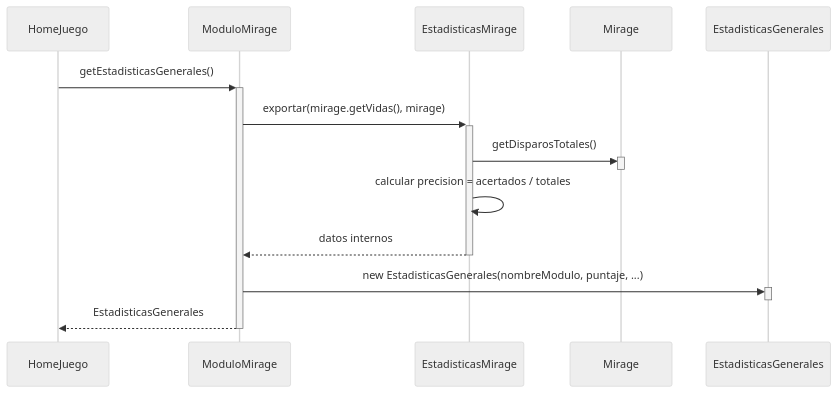
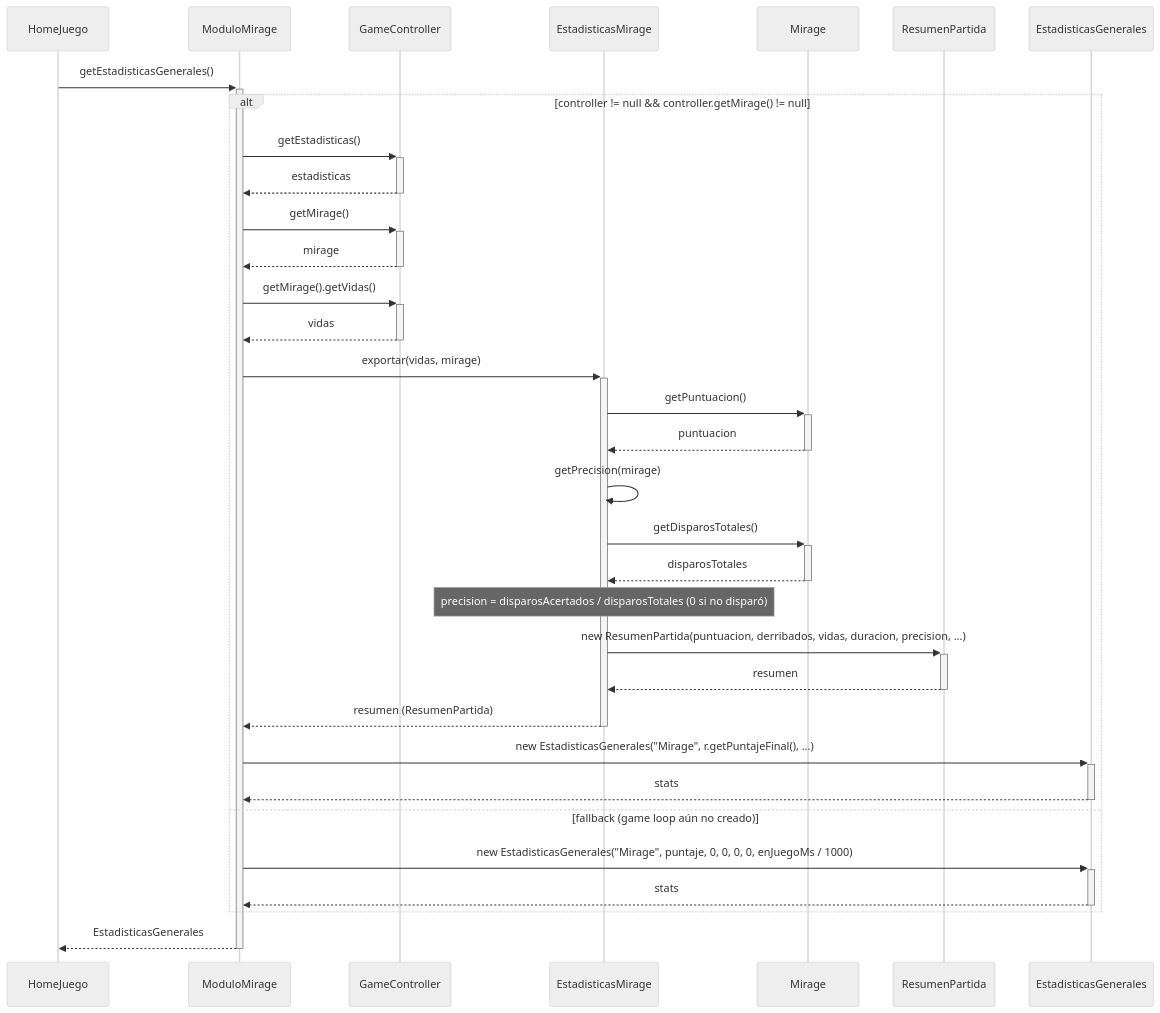
The ninth of 9 diagrams in docs/v1/analisis/casos-de-uso.md (Christian-Rojas-Rodriguez/juego-1982), drawn with Mermaid (neutral theme) before and after one commit. The commit also changed other lines of this file and 12 other files, not shown here.

First line of the commit message:
fix+docs: sincronizar diagramas v1 con el codigo, fixes de auditoria y warnings

````diff
--- a/docs/v1/analisis/casos-de-uso.md
+++ b/docs/v1/analisis/casos-de-uso.md
@@ -330,18 +425,38 @@
 ```mermaid
 sequenceDiagram
     participant HomeJuego
     participant ModuloMirage
+    participant GameController
     participant EstadisticasMirage
     participant Mirage
+    participant ResumenPartida
     participant EstadisticasGenerales
 
     HomeJuego->>+ModuloMirage: getEstadisticasGenerales()
-    ModuloMirage->>+EstadisticasMirage: exportar(mirage.getVidas(), mirage)
-    EstadisticasMirage->>+Mirage: getDisparosTotales()
-    deactivate Mirage
-    EstadisticasMirage->>EstadisticasMirage: calcular precision = acertados / totales
-    EstadisticasMirage-->>-ModuloMirage: datos internos
-    ModuloMirage->>+EstadisticasGenerales: new EstadisticasGenerales(nombreModulo, puntaje, ...)
-    deactivate EstadisticasGenerales
+    alt controller != null && controller.getMirage() != null
+        ModuloMirage->>+GameController: getEstadisticas()
+        GameController-->>-ModuloMirage: estadisticas
+        ModuloMirage->>+GameController: getMirage()
+        GameController-->>-ModuloMirage: mirage
+        ModuloMirage->>+GameController: getMirage().getVidas()
+        GameController-->>-ModuloMirage: vidas
+
+        ModuloMirage->>+EstadisticasMirage: exportar(vidas, mirage)
+        EstadisticasMirage->>+Mirage: getPuntuacion()
+        Mirage-->>-EstadisticasMirage: puntuacion
+        EstadisticasMirage->>EstadisticasMirage: getPrecision(mirage)
+        EstadisticasMirage->>+Mirage: getDisparosTotales()
+        Mirage-->>-EstadisticasMirage: disparosTotales
+        Note over EstadisticasMirage: precision = disparosAcertados / disparosTotales (0 si no disparó)
+        EstadisticasMirage->>+ResumenPartida: new ResumenPartida(puntuacion, derribados, vidas, duracion, precision, ...)
+        ResumenPartida-->>-EstadisticasMirage: resumen
+        EstadisticasMirage-->>-ModuloMirage: resumen (ResumenPartida)
+
+        ModuloMirage->>+EstadisticasGenerales: new EstadisticasGenerales("Mirage", r.getPuntajeFinal(), ...)
+        EstadisticasGenerales-->>-ModuloMirage: stats
+    else fallback (game loop aún no creado)
+        ModuloMirage->>+EstadisticasGenerales: new EstadisticasGenerales("Mirage", puntaje, 0, 0, 0, 0, enJuegoMs / 1000)
+        EstadisticasGenerales-->>-ModuloMirage: stats
+    end
     ModuloMirage-->>-HomeJuego: EstadisticasGenerales
 ```
````
